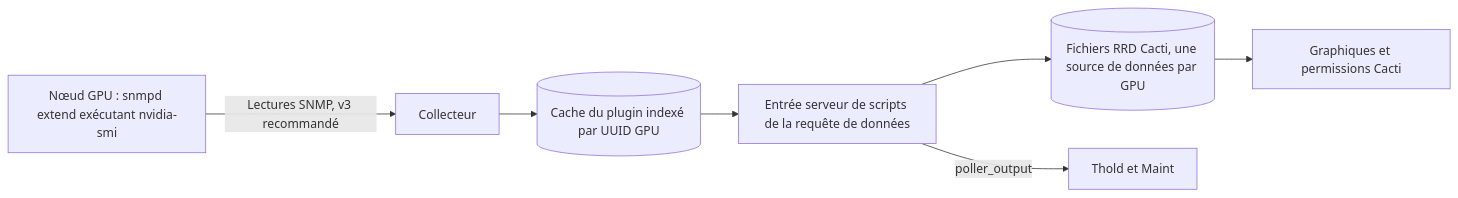
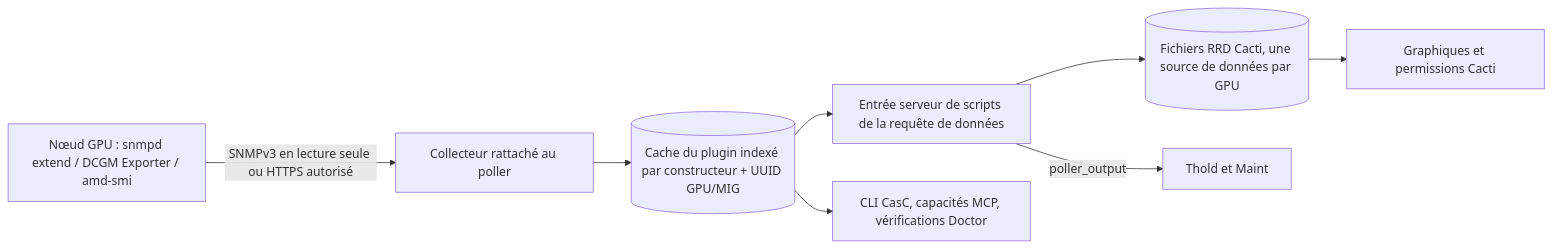
One commit to somethingwithproof/plugin_gpu changed the diagram in docs/i18n/fr-MA/README.md. Above: the diagram before and after it, drawn with Mermaid. The commit also changed other lines of this file and 47 other files, not shown here.

````diff
--- a/docs/i18n/fr-MA/README.md
+++ b/docs/i18n/fr-MA/README.md
@@ -106,9 +106,10 @@
 ```mermaid
 flowchart LR
-    NODE[Nœud GPU : snmpd extend exécutant nvidia-smi] -->|Lectures SNMP, v3 recommandé| C[Collecteur]
-    C --> CACHE[(Cache du plugin indexé par UUID GPU)]
+    NODE["Nœud GPU : snmpd extend / DCGM Exporter / amd-smi"] -->|"SNMPv3 en lecture seule ou HTTPS autorisé"| C[Collecteur rattaché au poller]
+    C --> CACHE[("Cache du plugin indexé par constructeur + UUID GPU/MIG")]
     CACHE --> SS[Entrée serveur de scripts de la requête de données]
+    CACHE --> ECO["CLI CasC, capacités MCP, vérifications Doctor"]
     SS --> RRD[(Fichiers RRD Cacti, une source de données par GPU)]
     SS -->|poller_output| T[Thold et Maint]
     RRD --> G[Graphiques et permissions Cacti]
 ```
````
